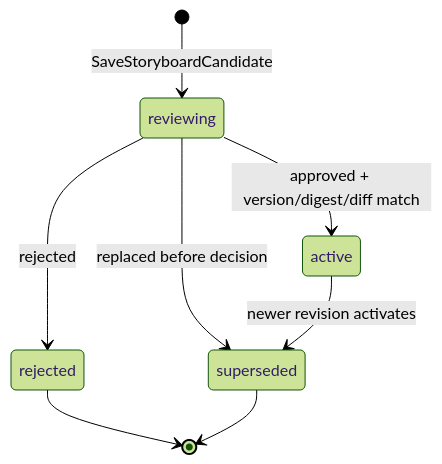
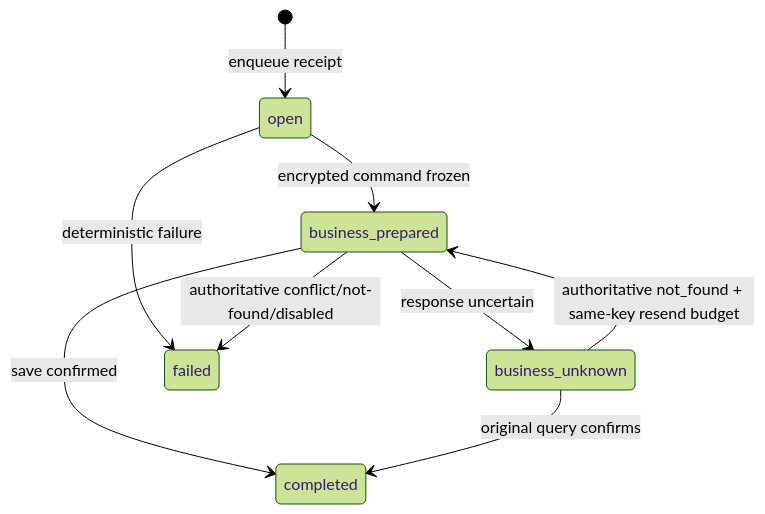
The third of 3 diagrams in docs/design/agent/graphtool/plan_storyboard-design.md (FigoGoo/Dora-Agent), drawn with Mermaid (forest theme) before and after one commit. The commit also changed other lines of this file and 68 other files, not shown here.

````diff
--- a/docs/design/agent/graphtool/plan_storyboard-design.md
+++ b/docs/design/agent/graphtool/plan_storyboard-design.md
@@ -169,10 +106,11 @@
 ```mermaid
 stateDiagram-v2
-    [*] --> reviewing: SaveStoryboardCandidate
-    reviewing --> active: approved + version/digest/diff match
-    reviewing --> rejected: rejected
-    reviewing --> superseded: replaced before decision
-    active --> superseded: newer revision activates
-    rejected --> [*]
-    superseded --> [*]
+    [*] --> open: enqueue receipt
+    open --> business_prepared: encrypted command frozen
+    business_prepared --> completed: save confirmed
+    business_prepared --> business_unknown: response uncertain
+    business_unknown --> completed: original query confirms
+    business_unknown --> business_prepared: authoritative not_found + same-key resend budget
+    open --> failed: deterministic failure
+    business_prepared --> failed: authoritative conflict/not-found/disabled
 ```
````
